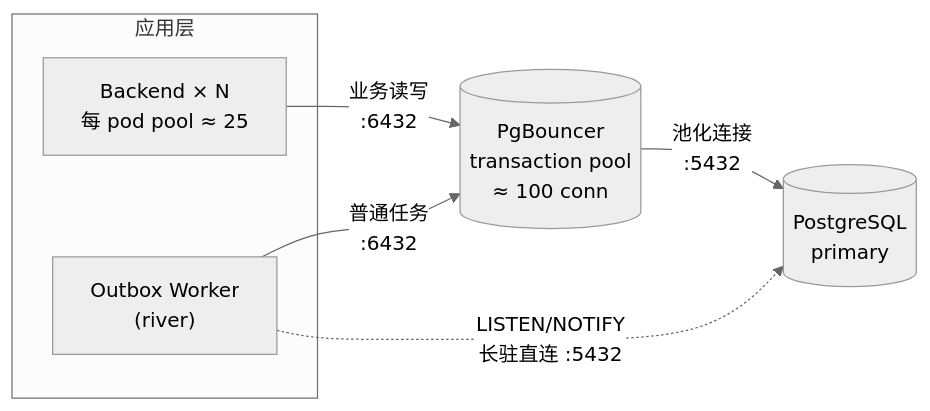
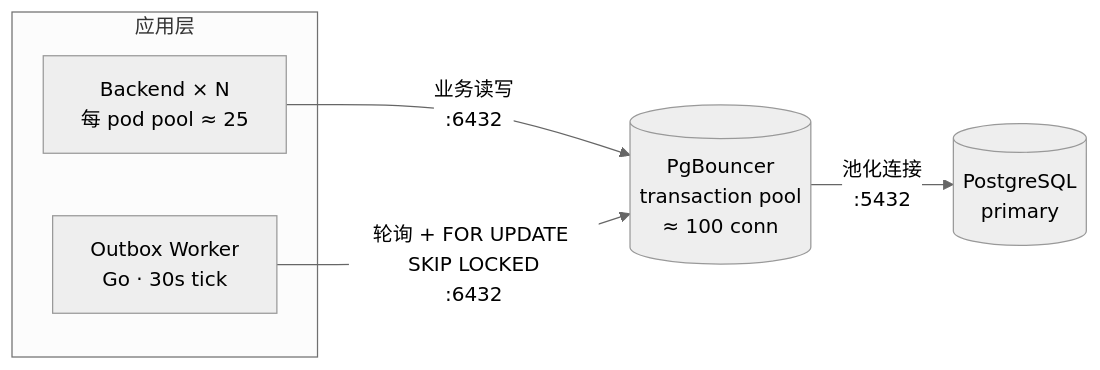
One commit to rouse2617/Databricks4robot changed diagram 23 of 24 in docs/review/data-platform-design.md. Above: the diagram before and after it, drawn with Mermaid (neutral theme). The commit also changed other lines of this file and 2 other files, not shown here.

````diff
--- a/docs/review/data-platform-design.md
+++ b/docs/review/data-platform-design.md
@@ -1809,15 +1844,14 @@
 ```mermaid
 flowchart LR
     subgraph App[应用层]
         BE[Backend × N<br>每 pod pool ≈ 25]
-        Worker["Outbox Worker<br>(river)"]
+        Worker["Outbox Worker<br>Go · 30s tick"]
     end
 
     PgB[(PgBouncer<br>transaction pool<br>≈ 100 conn)]
     PG[(PostgreSQL<br>primary)]
 
     BE -->|业务读写<br>:6432| PgB
-    Worker -->|普通任务<br>:6432| PgB
+    Worker -->|轮询 + FOR UPDATE SKIP LOCKED<br>:6432| PgB
     PgB -->|池化连接<br>:5432| PG
-    Worker -. "LISTEN/NOTIFY<br>长驻直连 :5432" .-> PG
 ```
````
